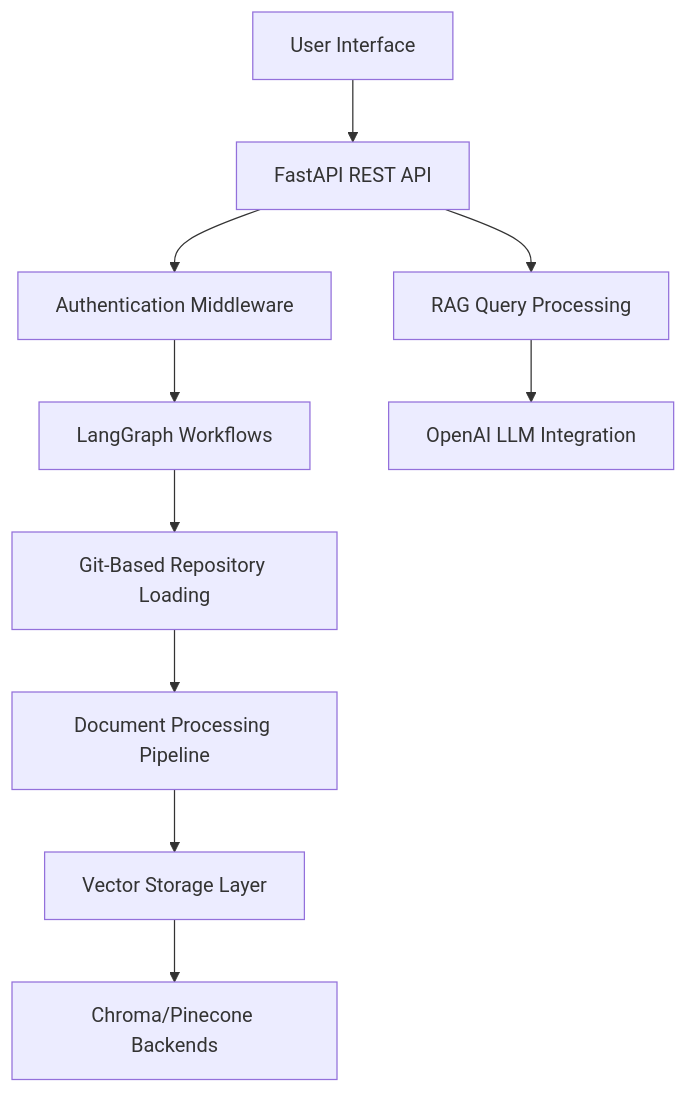
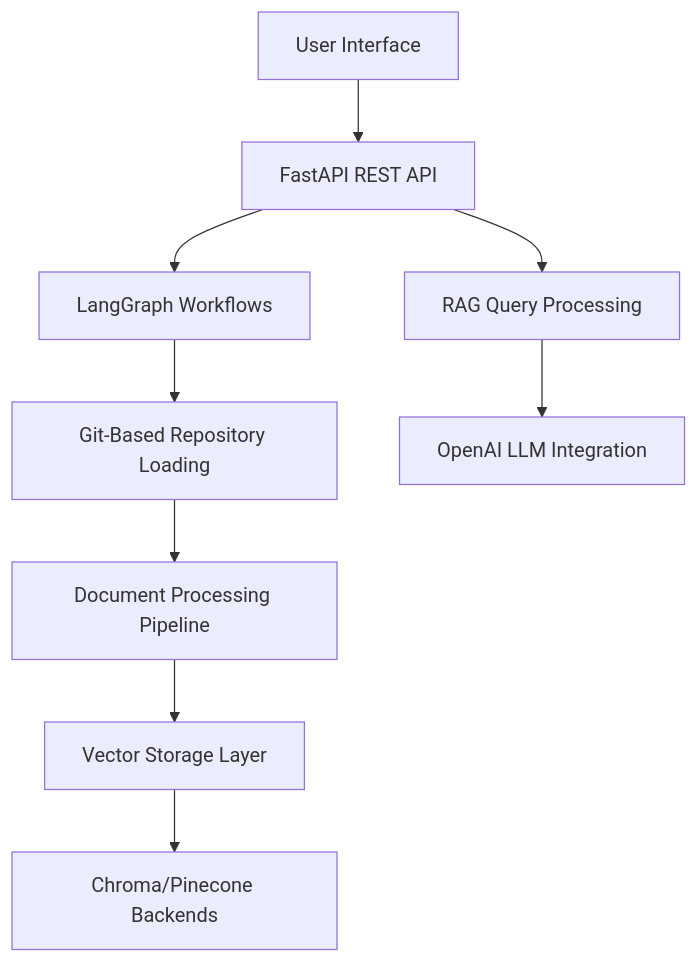
Before and after one commit to anhhai680/knowledge-graph-agent: the diagram in memory-bank/activeContext.md, drawn with Mermaid. The commit also changed other lines of this file and 7 other files, not shown here.

Commit message:
refactor: Update implementation plan and documentation for authentication middleware status

````diff
--- a/memory-bank/activeContext.md
+++ b/memory-bank/activeContext.md
@@ -127,12 +129,11 @@
 ```mermaid
 graph TD
     A[User Interface] --> B[FastAPI REST API]
-    B --> C[Authentication Middleware]
-    C --> D[LangGraph Workflows]
-    D --> E[Git-Based Repository Loading]
-    E --> F[Document Processing Pipeline]
-    F --> G[Vector Storage Layer]
-    B --> H[RAG Query Processing]
-    H --> I[OpenAI LLM Integration]
-    G --> J[Chroma/Pinecone Backends]
+    B --> C[LangGraph Workflows]
+    C --> D[Git-Based Repository Loading]
+    D --> E[Document Processing Pipeline]
+    E --> F[Vector Storage Layer]
+    B --> G[RAG Query Processing]
+    G --> H[OpenAI LLM Integration]
+    F --> I[Chroma/Pinecone Backends]
 ```
````
